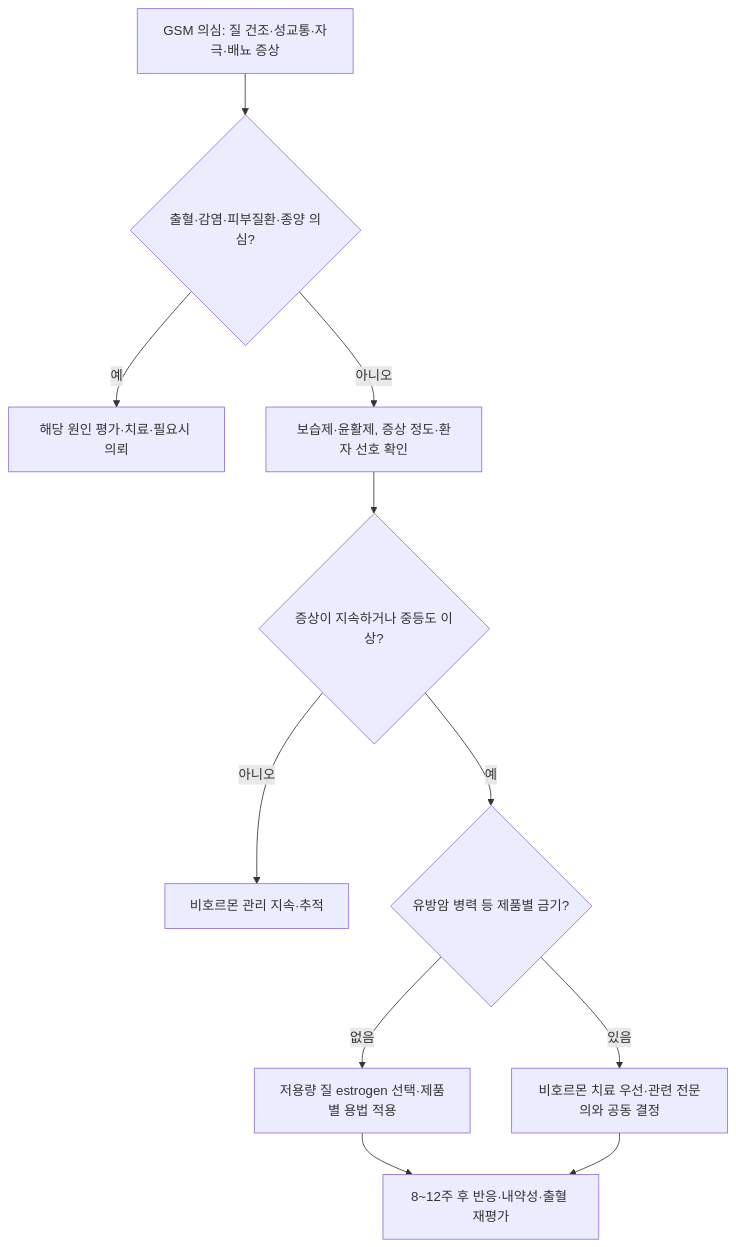
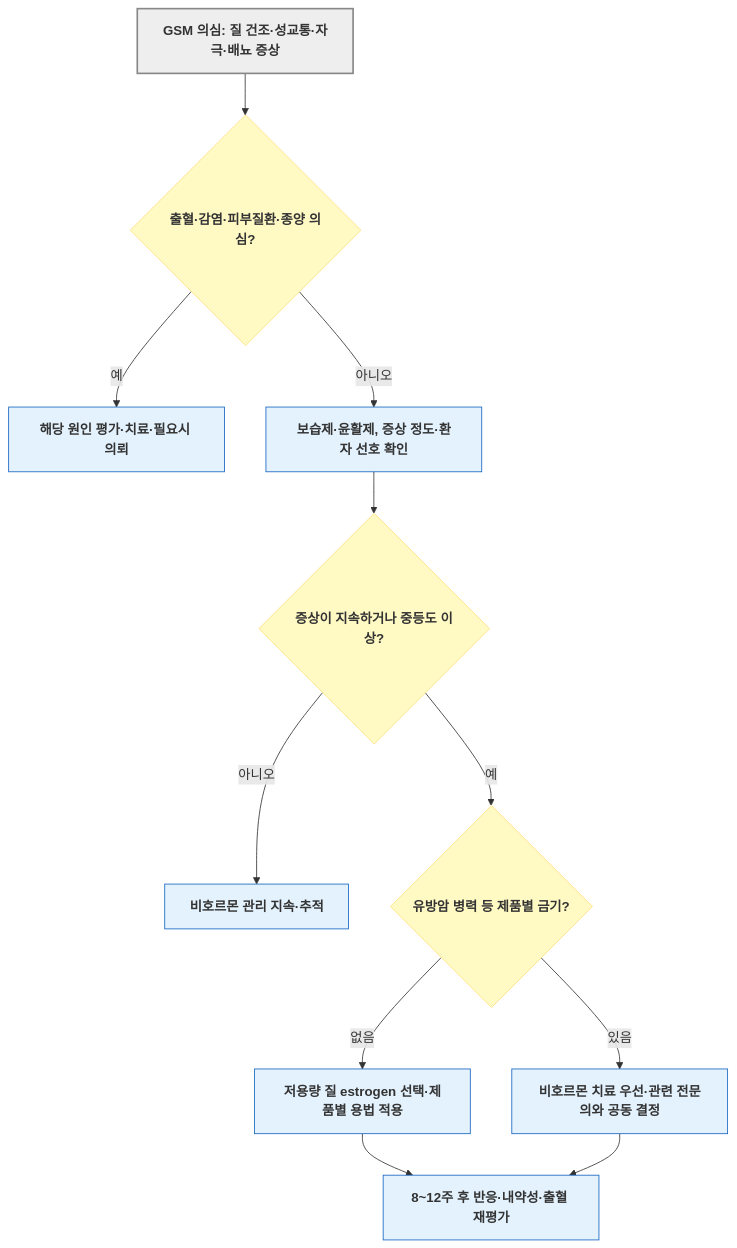
The second of 2 diagrams in 226_/108_-menopause-syndrome.md (familyoh77/familyoh77), drawn with Mermaid before and after one commit. The commit also changed other lines of this file and 9 other files, not shown here.

````diff
--- a/226_/108_-menopause-syndrome.md
+++ b/226_/108_-menopause-syndrome.md
@@ -138,13 +148,18 @@
 ```mermaid
 flowchart TD
-    A["GSM 의심: 질 건조·성교통·자극·배뇨 증상"] --> B{"출혈·감염·피부질환·종양 의심?"}
-    B -->|예| C["해당 원인 평가·치료·필요시 의뢰"]
-    B -->|아니오| D["보습제·윤활제, 증상 정도·환자 선호 확인"]
-    D --> E{"증상이 지속하거나 중등도 이상?"}
-    E -->|아니오| F["비호르몬 관리 지속·추적"]
-    E -->|예| G{"유방암 병력 등 제품별 금기?"}
-    G -->|없음| H["저용량 질 estrogen 선택·제품별 용법 적용"]
-    G -->|있음| I["비호르몬 치료 우선·관련 전문의와 공동 결정"]
-    H --> J["8~12주 후 반응·내약성·출혈 재평가"]
+    A["`**GSM 의심: 질 건조·성교통·자극·배뇨 증상**`"] --> B{"`**출혈·감염·피부질환·종양 의심?**`"}
+    B -->|예| C["`**해당 원인 평가·치료·필요시 의뢰**`"]
+    B -->|아니오| D["`**보습제·윤활제, 증상 정도·환자 선호 확인**`"]
+    D --> E{"`**증상이 지속하거나 중등도 이상?**`"}
+    E -->|아니오| F["`**비호르몬 관리 지속·추적**`"]
+    E -->|예| G{"`**유방암 병력 등 제품별 금기?**`"}
+    G -->|없음| H["`**저용량 질 estrogen 선택·제품별 용법 적용**`"]
+    G -->|있음| I["`**비호르몬 치료 우선·관련 전문의와 공동 결정**`"]
+    H --> J["`**8~12주 후 반응·내약성·출혈 재평가**`"]
     I --> J
+    classDef question fill:#fff9c4,stroke:#ffe082
+    classDef treatment fill:#e3f2fd,stroke:#1565c0
+    class B,E,G question
+    class C,D,F,H,I,J treatment
+    style A fill:#eeeeee,stroke:#888888,stroke-width:2px
 ```
````
